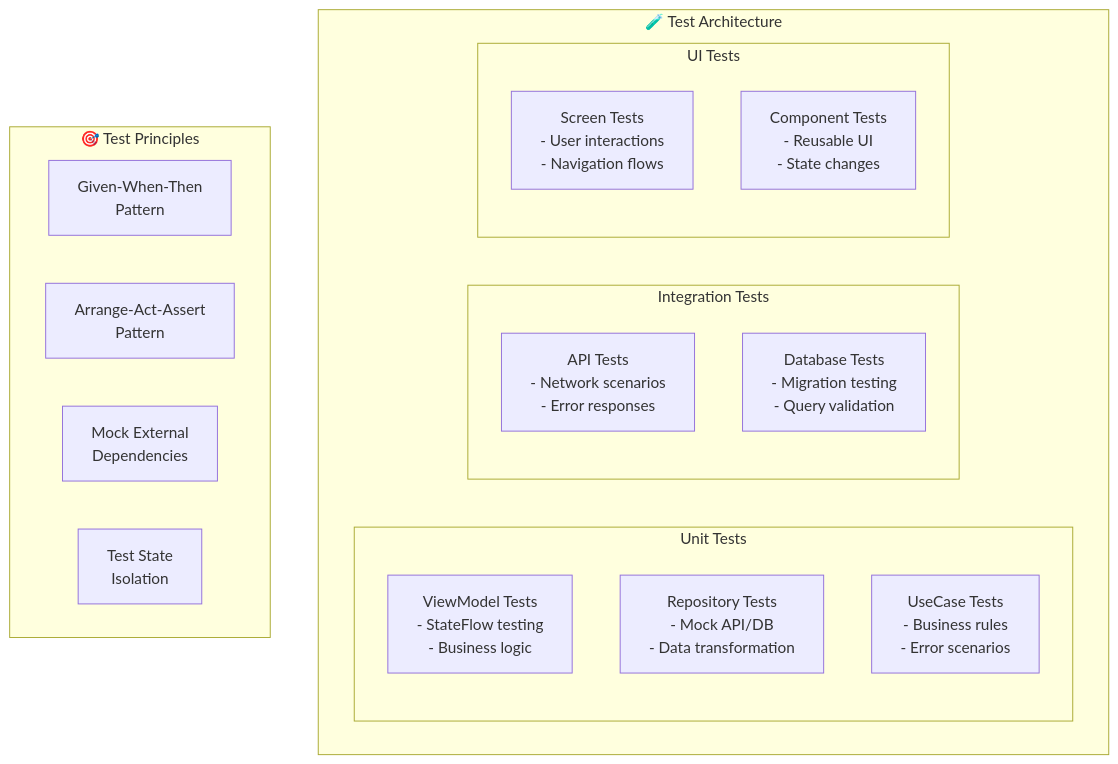
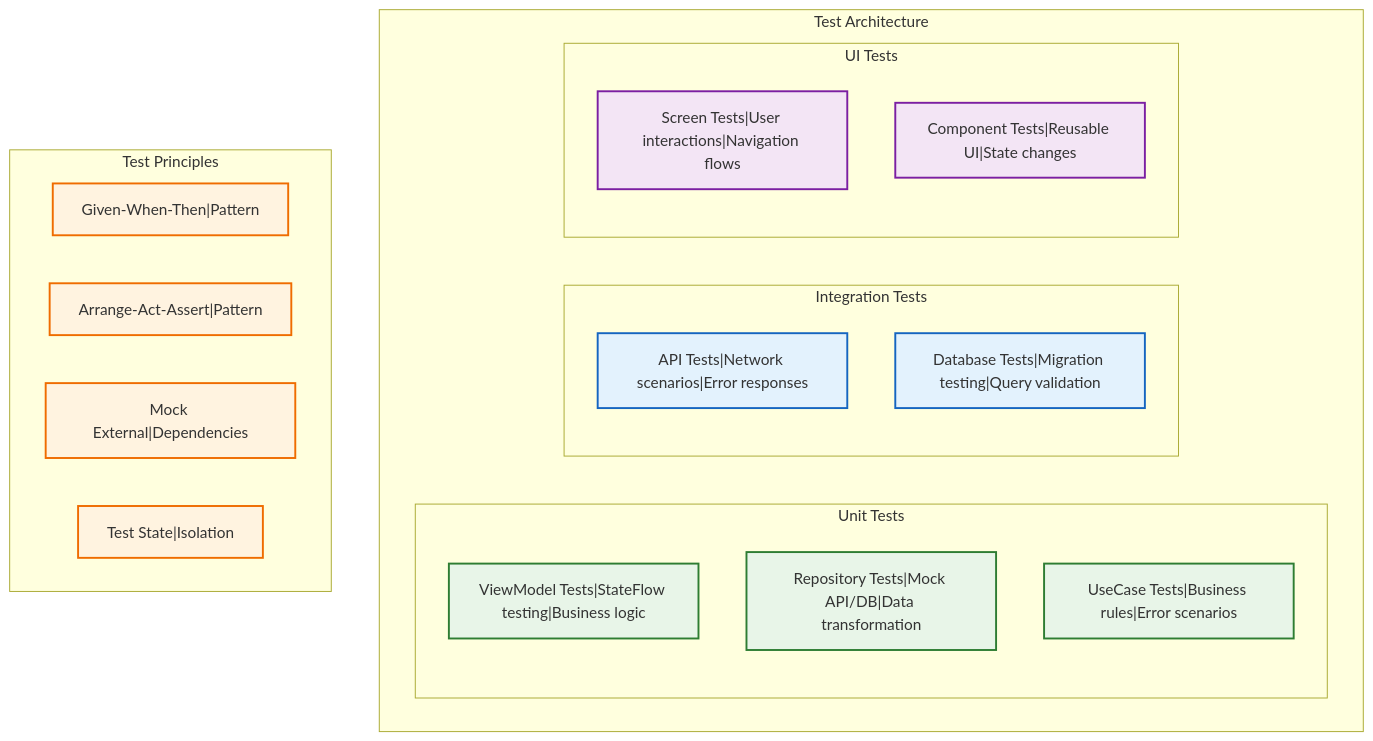
The ninth of 10 diagrams in ARCHITECTURE_GUIDE.md (shimanukims/android-base), drawn with Mermaid before and after one commit. The commit also changed other lines of this file, not shown here.

Commit message:
change architecture guide

````diff
--- a/ARCHITECTURE_GUIDE.md
+++ b/ARCHITECTURE_GUIDE.md
@@ -277,28 +433,39 @@
 ```mermaid
 graph TB
-    subgraph "🧪 Test Architecture"
+    subgraph TestArchitecture ["Test Architecture"]
         
-        subgraph "Unit Tests"
-            A[ViewModel Tests<br/>- StateFlow testing<br/>- Business logic]
-            B[Repository Tests<br/>- Mock API/DB<br/>- Data transformation]
-            C[UseCase Tests<br/>- Business rules<br/>- Error scenarios]
+        subgraph UnitTests ["Unit Tests"]
+            A["ViewModel Tests|StateFlow testing|Business logic"]
+            B["Repository Tests|Mock API/DB|Data transformation"]
+            C["UseCase Tests|Business rules|Error scenarios"]
         end
         
-        subgraph "Integration Tests"
-            D[API Tests<br/>- Network scenarios<br/>- Error responses]
-            E[Database Tests<br/>- Migration testing<br/>- Query validation]
+        subgraph IntegrationTests ["Integration Tests"]
+            D["API Tests|Network scenarios|Error responses"]
+            E["Database Tests|Migration testing|Query validation"]
         end
         
-        subgraph "UI Tests"
-            F[Screen Tests<br/>- User interactions<br/>- Navigation flows]
-            G[Component Tests<br/>- Reusable UI<br/>- State changes]
+        subgraph UITests ["UI Tests"]
+            F["Screen Tests|User interactions|Navigation flows"]
+            G["Component Tests|Reusable UI|State changes"]
         end
     end
     
-    subgraph "🎯 Test Principles"
-        H[Given-When-Then<br/>Pattern]
-        I[Arrange-Act-Assert<br/>Pattern]
-        J[Mock External<br/>Dependencies]
-        K[Test State<br/>Isolation]
+    subgraph TestPrinciples ["Test Principles"]
+        H["Given-When-Then|Pattern"]
+        I["Arrange-Act-Assert|Pattern"]
+        J["Mock External|Dependencies"]
+        K["Test State|Isolation"]
     end
+    
+    %% スタイリング
+    classDef unitTestStyle fill:#e8f5e8,stroke:#2e7d32,stroke-width:2px
+    classDef integrationTestStyle fill:#e3f2fd,stroke:#1565c0,stroke-width:2px
+    classDef uiTestStyle fill:#f3e5f5,stroke:#7b1fa2,stroke-width:2px
+    classDef principleStyle fill:#fff3e0,stroke:#ef6c00,stroke-width:2px
+    
+    class A,B,C unitTestStyle
+    class D,E integrationTestStyle
+    class F,G uiTestStyle
+    class H,I,J,K principleStyle
 ```
````
